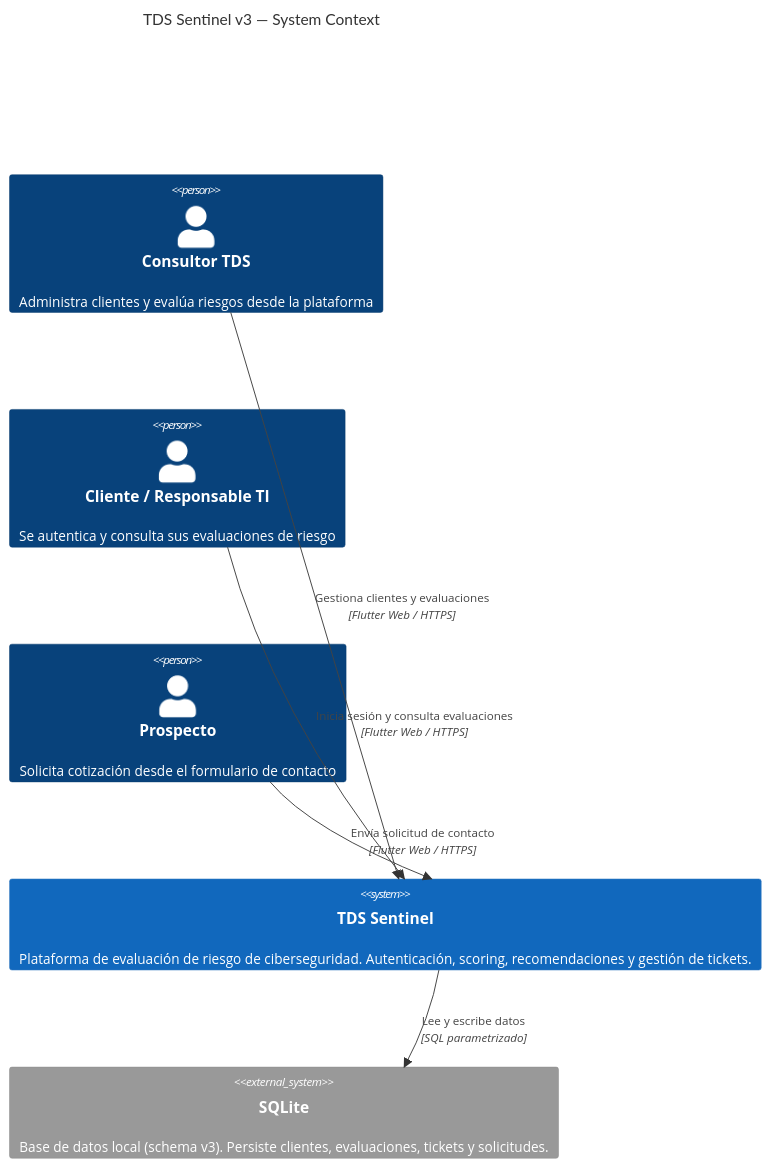
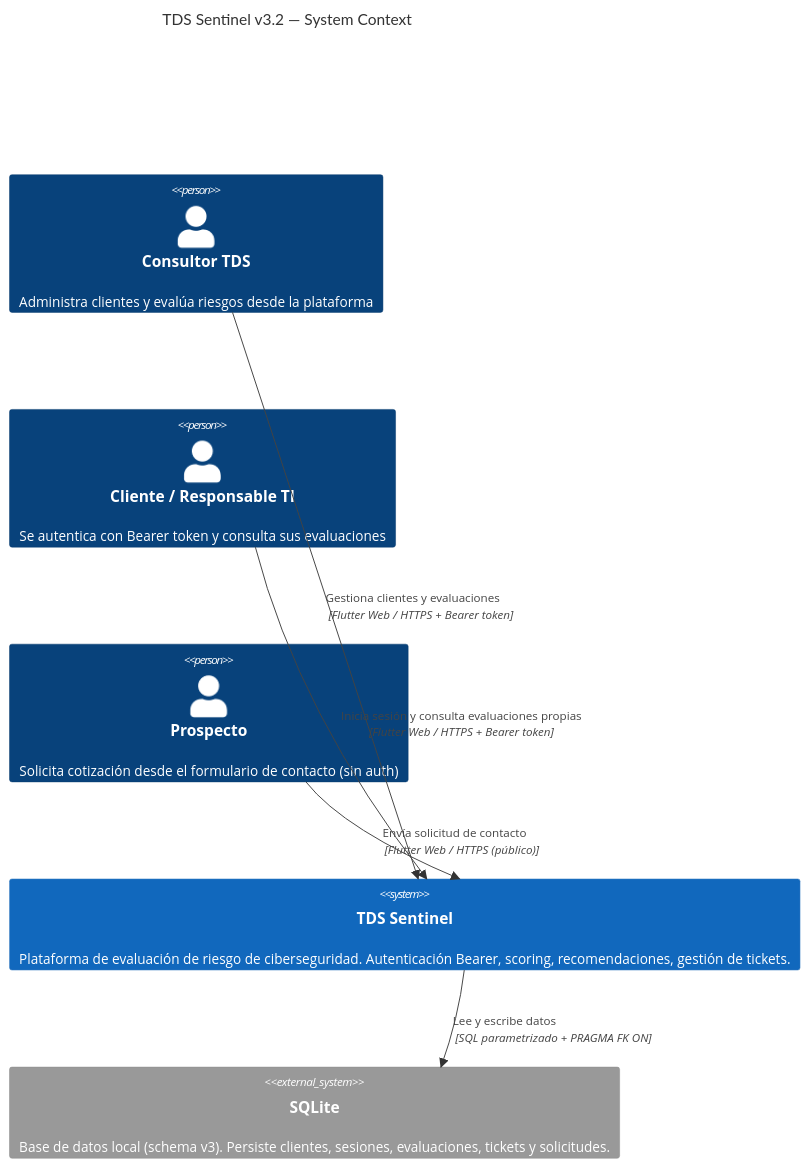
Before and after one commit to danielmunozus/tds-sentinel-mvp: the first of 2 diagrams in docs/architecture/system-context.md, drawn with Mermaid. The commit also changed other lines of this file and 18 other files, not shown here.

````diff
--- a/docs/architecture/system-context.md
+++ b/docs/architecture/system-context.md
@@ -13,17 +13,17 @@
 ```mermaid
 C4Context
-    title TDS Sentinel v3 — System Context
+    title TDS Sentinel v3.2 — System Context
 
     Person(consultant, "Consultor TDS", "Administra clientes y evalúa riesgos desde la plataforma")
-    Person(client_user, "Cliente / Responsable TI", "Se autentica y consulta sus evaluaciones de riesgo")
-    Person(prospect, "Prospecto", "Solicita cotización desde el formulario de contacto")
+    Person(client_user, "Cliente / Responsable TI", "Se autentica con Bearer token y consulta sus evaluaciones")
+    Person(prospect, "Prospecto", "Solicita cotización desde el formulario de contacto (sin auth)")
 
-    System(sentinel, "TDS Sentinel", "Plataforma de evaluación de riesgo de ciberseguridad. Autenticación, scoring, recomendaciones y gestión de tickets.")
+    System(sentinel, "TDS Sentinel", "Plataforma de evaluación de riesgo de ciberseguridad. Autenticación Bearer, scoring, recomendaciones, gestión de tickets.")
 
-    System_Ext(sqlite, "SQLite", "Base de datos local (schema v3). Persiste clientes, evaluaciones, tickets y solicitudes.")
+    System_Ext(sqlite, "SQLite", "Base de datos local (schema v3). Persiste clientes, sesiones, evaluaciones, tickets y solicitudes.")
 
-    Rel(consultant, sentinel, "Gestiona clientes y evaluaciones", "Flutter Web / HTTPS")
-    Rel(client_user, sentinel, "Inicia sesión y consulta evaluaciones", "Flutter Web / HTTPS")
-    Rel(prospect, sentinel, "Envía solicitud de contacto", "Flutter Web / HTTPS")
-    Rel(sentinel, sqlite, "Lee y escribe datos", "SQL parametrizado")
+    Rel(consultant, sentinel, "Gestiona clientes y evaluaciones", "Flutter Web / HTTPS + Bearer token")
+    Rel(client_user, sentinel, "Inicia sesión y consulta evaluaciones propias", "Flutter Web / HTTPS + Bearer token")
+    Rel(prospect, sentinel, "Envía solicitud de contacto", "Flutter Web / HTTPS (público)")
+    Rel(sentinel, sqlite, "Lee y escribe datos", "SQL parametrizado + PRAGMA FK ON")
 ```
````
